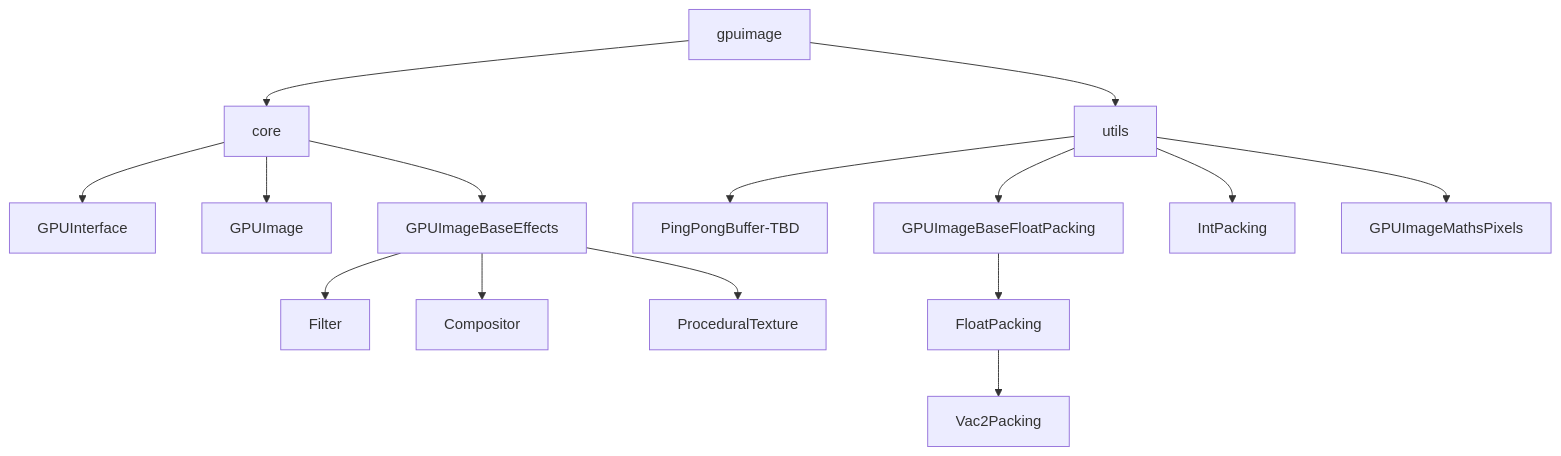
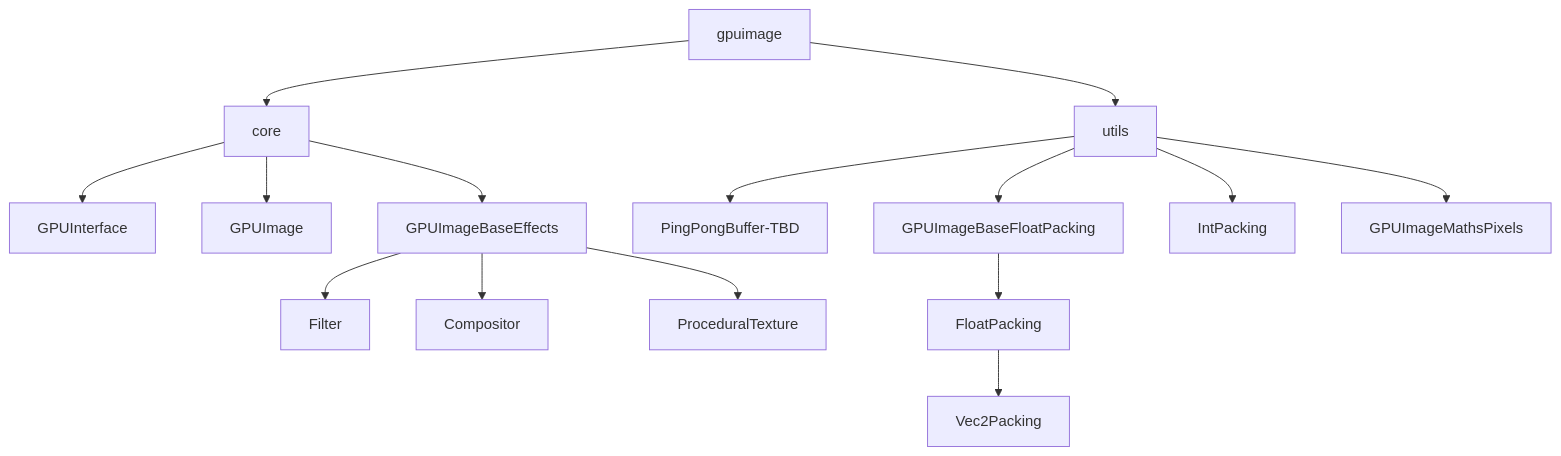
The diagram in README.md (Bonjour-Interactive-Lab/Processing-GPUImage), drawn with Mermaid before and after one commit.

````diff
--- a/README.md
+++ b/README.md
@@ -22,17 +22,17 @@
 ```mermaid
 graph TD;
   gpuimage-->core;
   gpuimage-->utils;
   core-->GPUInterface
   core-->GPUImage
   core-->GPUImageBaseEffects;
   GPUImageBaseEffects-->Filter
   GPUImageBaseEffects-->Compositor
   GPUImageBaseEffects-->ProceduralTexture
   utils-->PingPongBuffer-TBD
   utils-->GPUImageBaseFloatPacking
   utils-->IntPacking
   utils-->GPUImageMathsPixels
   GPUImageBaseFloatPacking-->FloatPacking
-  FloatPacking-->Vac2Packing
+  FloatPacking-->Vec2Packing
 ```
````
